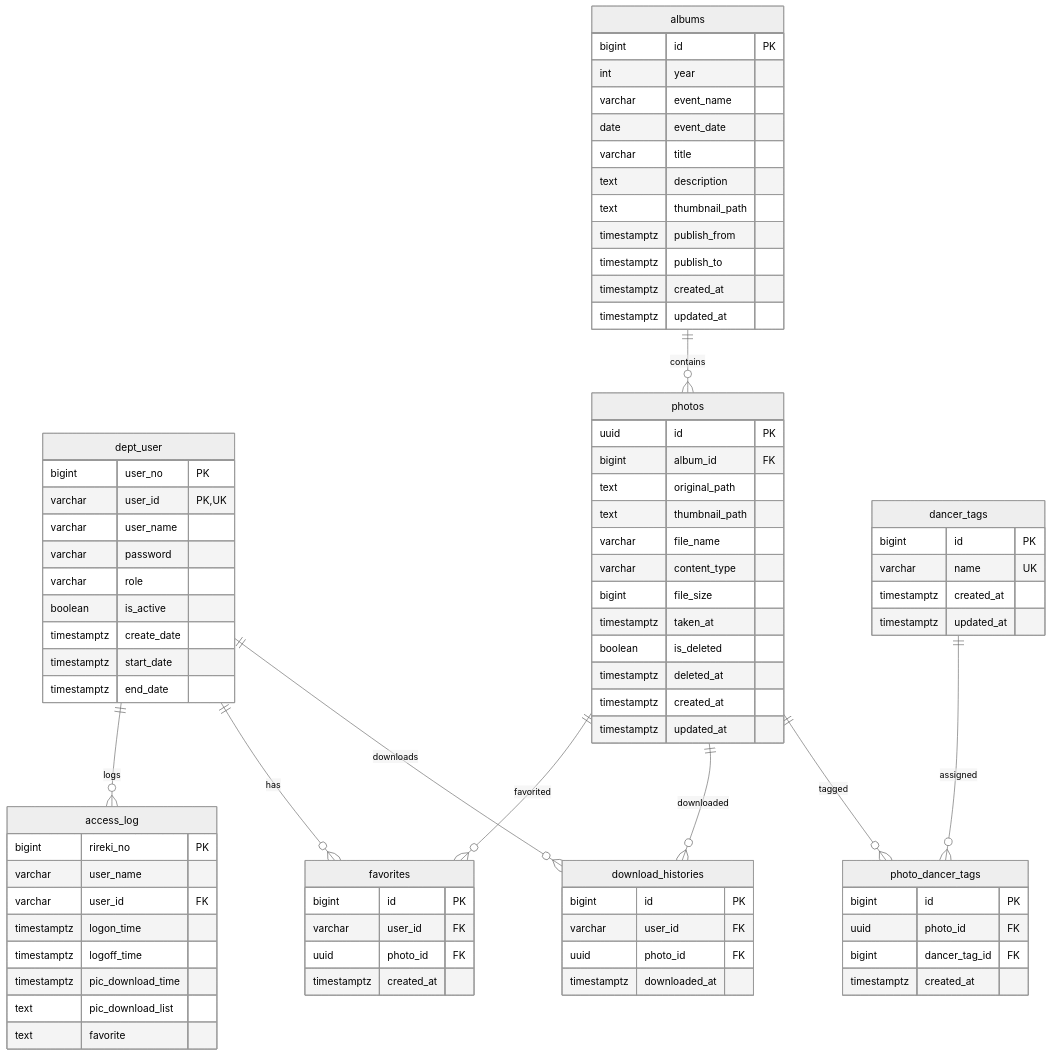
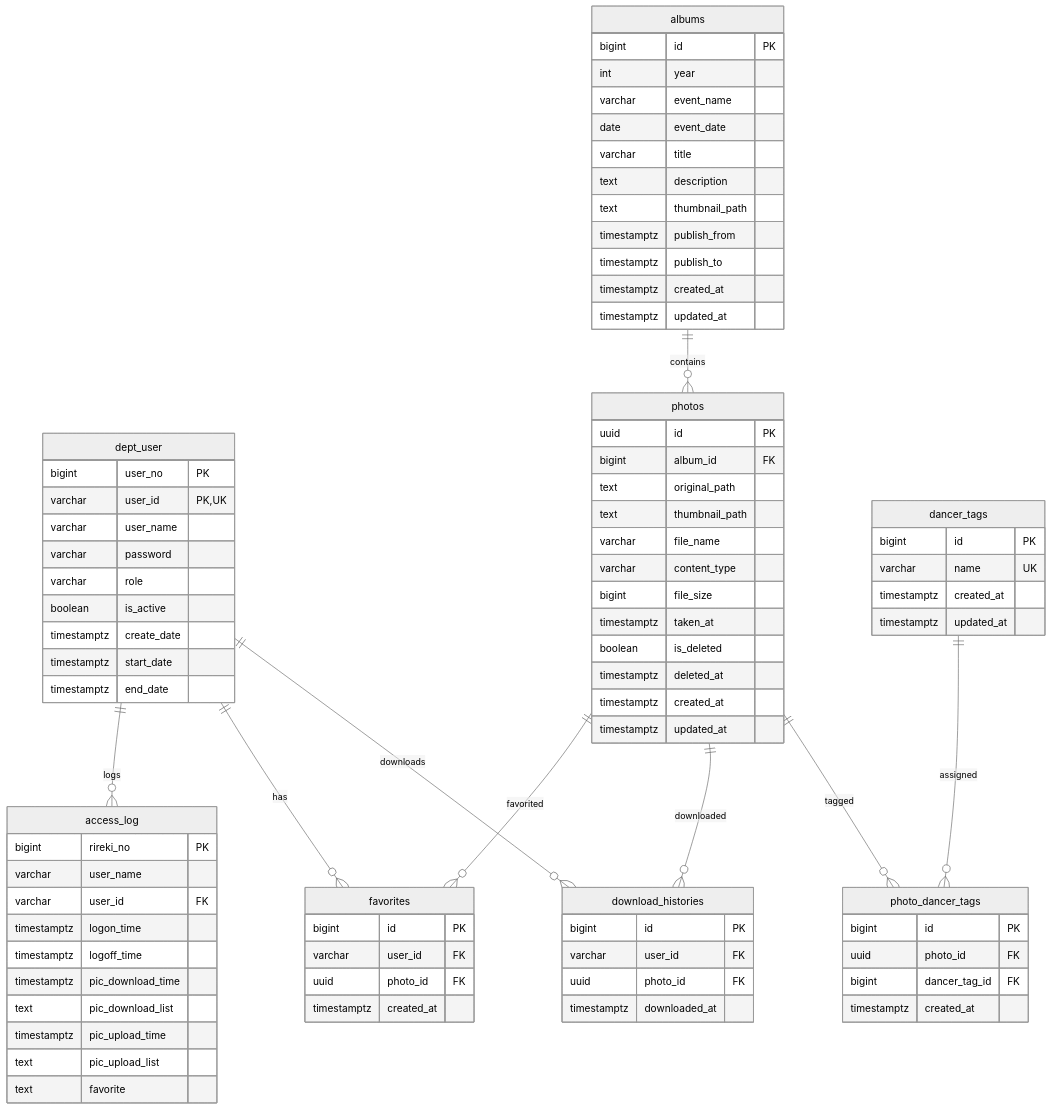
One commit to kodai0102/yosakoi changed the diagram in docs/er_diagram.md. Above: the diagram before and after it, drawn with Mermaid (neutral theme). The commit also changed other lines of this file and 21 other files, not shown here.

```diff
--- a/docs/er_diagram.md
+++ b/docs/er_diagram.md
@@ -206,6 +209,8 @@
         timestamptz logoff_time
         timestamptz pic_download_time
         text pic_download_list
+        timestamptz pic_upload_time
+        text pic_upload_list
         text favorite
     }
 
```
